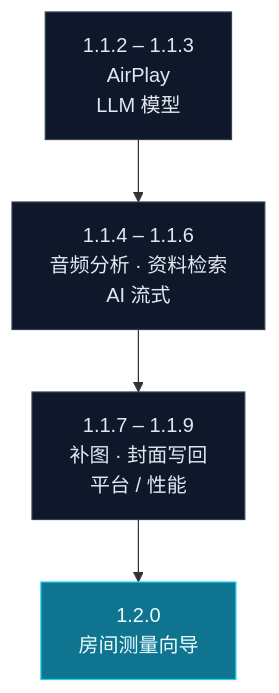
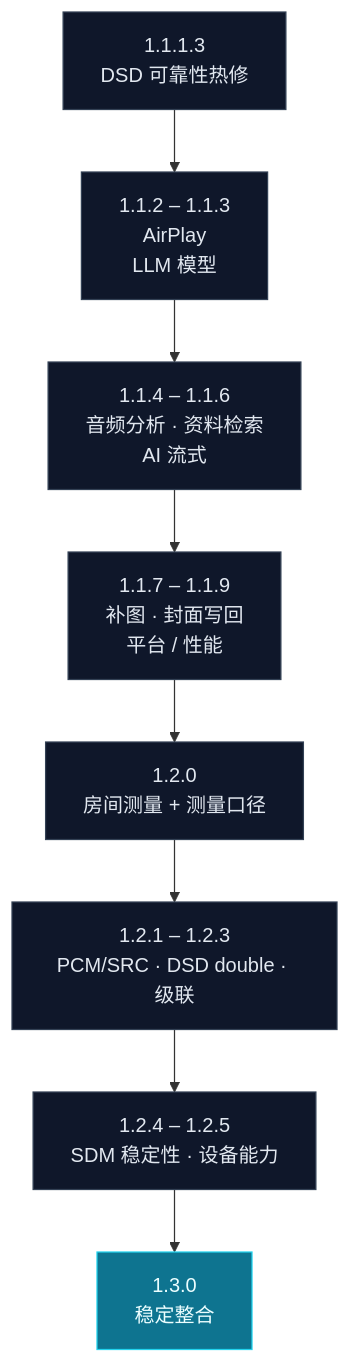
One commit to BH2VOQ/RLPlayer-Mac changed the diagram in README.zh-CN.md. Above: the diagram before and after it, drawn with Mermaid. The commit also changed other lines of this file and 2 other files, not shown here.

Commit message:
docs(roadmap): consolidate 1.1.1-1.3.0 into one roadmap
Add the 1.1.1.3 DSD reliability hotfix, merge the audio track into 1.2.0-1.2.5 and keep 1.3.0 as the convergence milestone.

````diff
--- a/README.zh-CN.md
+++ b/README.zh-CN.md
@@ -265,12 +272,16 @@
 ```mermaid
 flowchart TB
-  A["1.1.2 – 1.1.3<br/>AirPlay<br/>LLM 模型"]
-  B["1.1.4 – 1.1.6<br/>音频分析 · 资料检索<br/>AI 流式"]
-  C["1.1.7 – 1.1.9<br/>补图 · 封面写回<br/>平台 / 性能"]
-  D["1.2.0<br/>房间测量向导"]
-  A --> B --> C --> D
+  A["1.1.1.3<br/>DSD 可靠性热修"]
+  B["1.1.2 – 1.1.3<br/>AirPlay<br/>LLM 模型"]
+  C["1.1.4 – 1.1.6<br/>音频分析 · 资料检索<br/>AI 流式"]
+  D["1.1.7 – 1.1.9<br/>补图 · 封面写回<br/>平台 / 性能"]
+  E["1.2.0<br/>房间测量 + 测量口径"]
+  F["1.2.1 – 1.2.3<br/>PCM/SRC · DSD double · 级联"]
+  G["1.2.4 – 1.2.5<br/>SDM 稳定性 · 设备能力"]
+  H["1.3.0<br/>稳定整合"]
+  A --> B --> C --> D --> E --> F --> G --> H
   classDef plan fill:#0f172a,stroke:#334155,color:#e2e8f0;
   classDef next fill:#0e7490,stroke:#22d3ee,color:#ecfeff;
-  class A,B,C plan;
-  class D next;
+  class A,B,C,D,E,F,G plan;
+  class H next;
 ```
````
